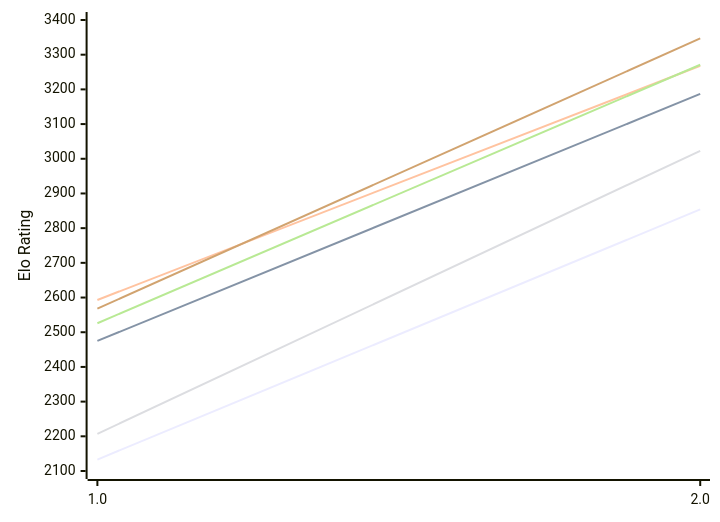
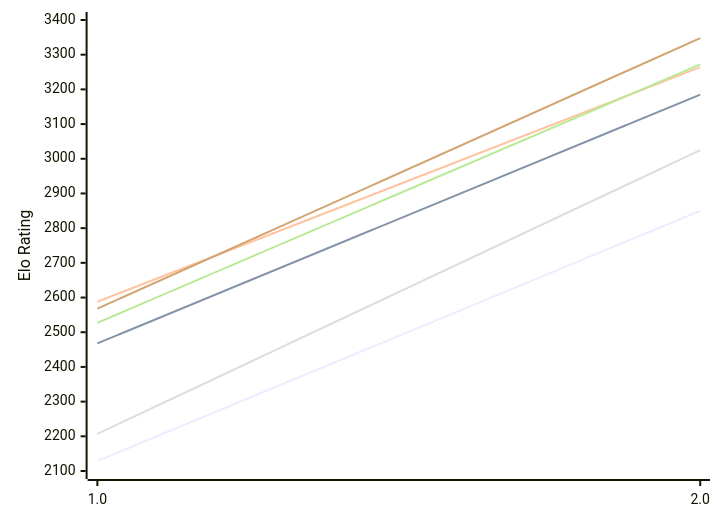
Before and after one commit to computer-chess-index/cci: the diagram in engines/Scarlet.md, drawn with Mermaid. The commit also changed other lines of this file, not shown here.

Commit message:
Update CCI Ratings (ELO VLTC) - 2026-11-09

````diff
--- a/engines/Scarlet.md
+++ b/engines/Scarlet.md
@@ -49,12 +49,12 @@
 ```mermaid
 %%{init: {"theme":"base","themeVariables":{"seriesColors:['#a3a3a3','#222221','#faa371']}}}%%
 xychart-beta
   x-axis ["1.0", "2.0"]
   y-axis "Elo Rating" 2100 --> 3400
-  line "E1: STC (8.0+0.08s)" [2133, 2854]
-  line "E1: LTC (60.0+0.60s)" [2475, 3187]
-  line "E1: VLTC (2m24s+1.12s)" [2593, 3268]
-  line "P1: STC (8.0+0.08s)" [2207, 3023]
-  line "P1: LTC (60.0+0.60s)" [2526, 3271]
-  line "P1: VLTC (2m24s+1.12s)" [2568, 3347]
+  line "E1: STC (8.0+0.08s)" [2129, 2850]
+  line "E1: LTC (60.0+0.60s)" [2468, 3185]
+  line "E1: VLTC (2m24s+1.12s)" [2588, 3264]
+  line "P1: STC (8.0+0.08s)" [2207, 3025]
+  line "P1: LTC (60.0+0.60s)" [2527, 3272]
+  line "P1: VLTC (2m24s+1.12s)" [2568, 3348]
 ```
````
